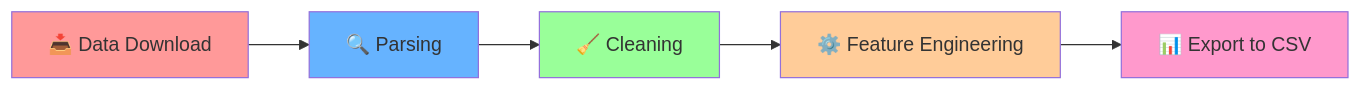
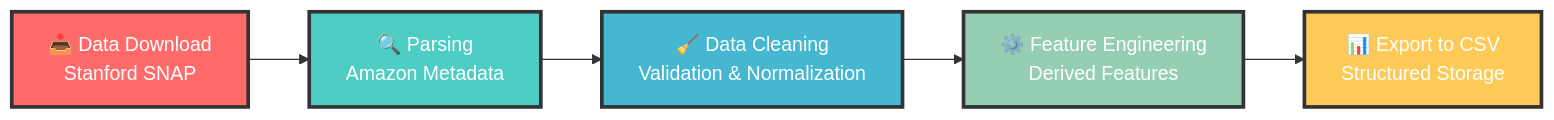
Before and after one commit to Syam-1133/Amazon-Recommender-System: the second of 2 diagrams in README.md, drawn with Mermaid. The commit also changed other lines of this file, not shown here.

````diff
--- a/README.md
+++ b/README.md
@@ -432,13 +430,13 @@
 ```mermaid
 graph LR
-    A[📥 Data Download] --> B[🔍 Parsing]
-    B --> C[🧹 Cleaning]
-    C --> D[⚙️ Feature Engineering]
-    D --> E[📊 Export to CSV]
+    A[📥 Data Download<br/>Stanford SNAP] --> B[🔍 Parsing<br/>Amazon Metadata]
+    B --> C[🧹 Data Cleaning<br/>Validation & Normalization]
+    C --> D[⚙️ Feature Engineering<br/>Derived Features]
+    D --> E[📊 Export to CSV<br/>Structured Storage]
     
-    style A fill:#ff9999
-    style B fill:#66b3ff
-    style C fill:#99ff99
-    style D fill:#ffcc99
-    style E fill:#ff99cc
+    style A fill:#ff6b6b,stroke:#333,stroke-width:3px,color:#fff
+    style B fill:#4ecdc4,stroke:#333,stroke-width:3px,color:#fff
+    style C fill:#45b7d1,stroke:#333,stroke-width:3px,color:#fff
+    style D fill:#96ceb4,stroke:#333,stroke-width:3px,color:#fff
+    style E fill:#feca57,stroke:#333,stroke-width:3px,color:#fff
 ```
````
